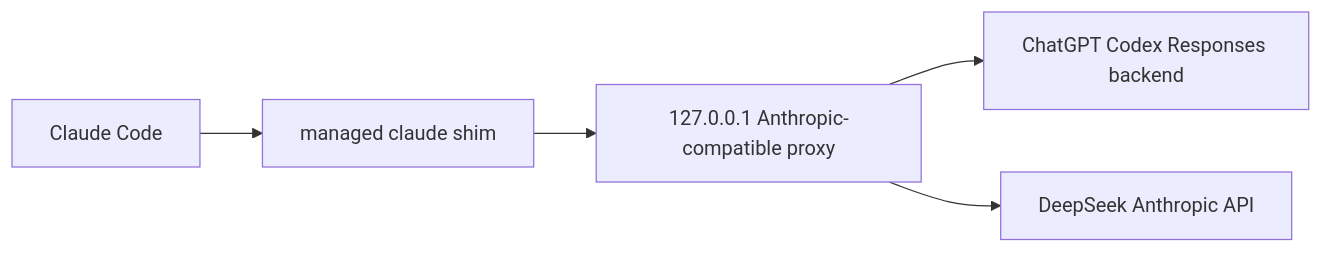
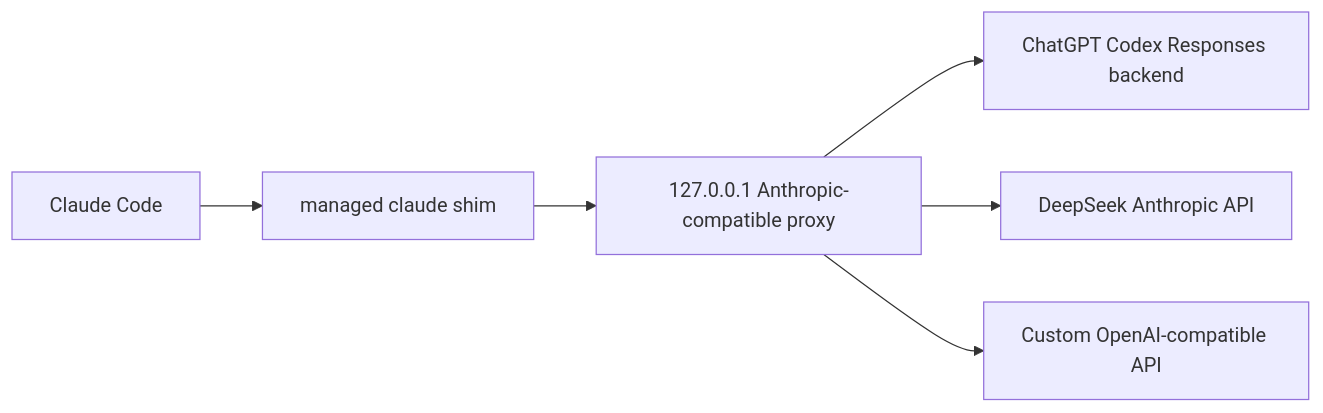
One commit to soulforger0/cc-codex-proxy changed the diagram in README.md. Above: the diagram before and after it, drawn with Mermaid. The commit also changed other lines of this file and 15 other files, not shown here.

Commit message:
Add custom OpenAI-compatible provider

````diff
--- a/README.md
+++ b/README.md
@@ -57,7 +58,8 @@
 ```mermaid
 flowchart LR
   Claude["Claude Code"] --> Shim["managed claude shim"]
   Shim --> Proxy["127.0.0.1 Anthropic-compatible proxy"]
   Proxy --> Codex["ChatGPT Codex Responses backend"]
   Proxy --> DeepSeek["DeepSeek Anthropic API"]
+  Proxy --> Custom["Custom OpenAI-compatible API"]
 ```
````
